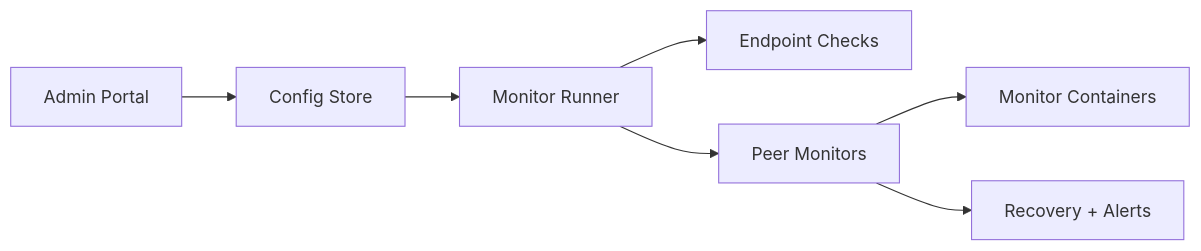
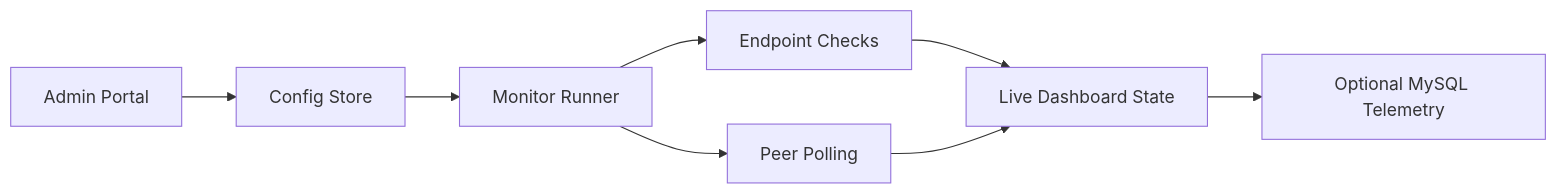
One commit to CoreyW-git/async-service-monitor changed the first of 3 diagrams in README.md. Above: the diagram before and after it, drawn with Mermaid. The commit also changed other lines of this file and 8 other files, not shown here.

````diff
--- a/README.md
+++ b/README.md
@@ -17,9 +20,10 @@
 ```mermaid
 flowchart LR
     A["Admin Portal"] --> B["Config Store"]
     B --> C["Monitor Runner"]
     C --> D["Endpoint Checks"]
-    C --> E["Peer Monitors"]
-    E --> F["Monitor Containers"]
-    E --> G["Recovery + Alerts"]
+    C --> E["Peer Polling"]
+    D --> F["Live Dashboard State"]
+    E --> F
+    F --> G["Optional MySQL Telemetry"]
 ```
````
